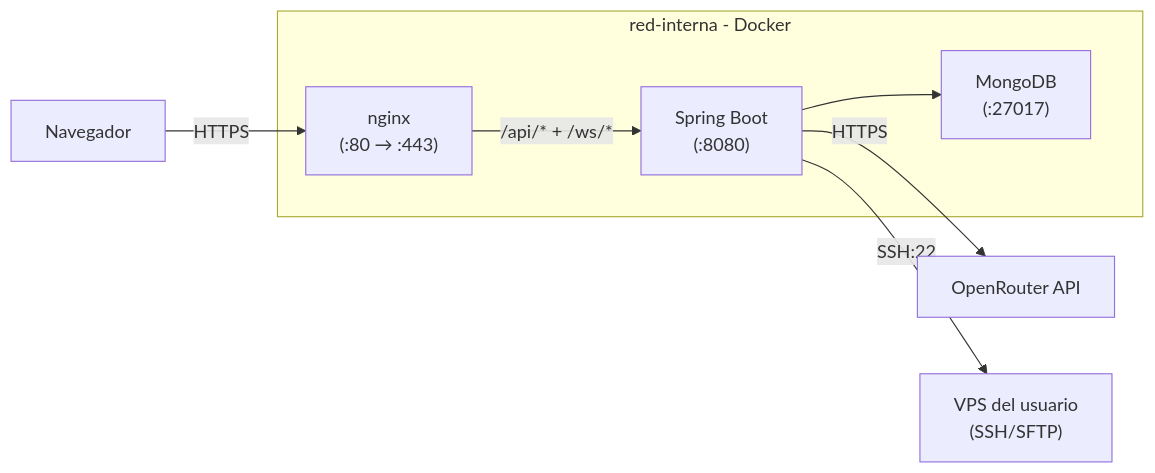
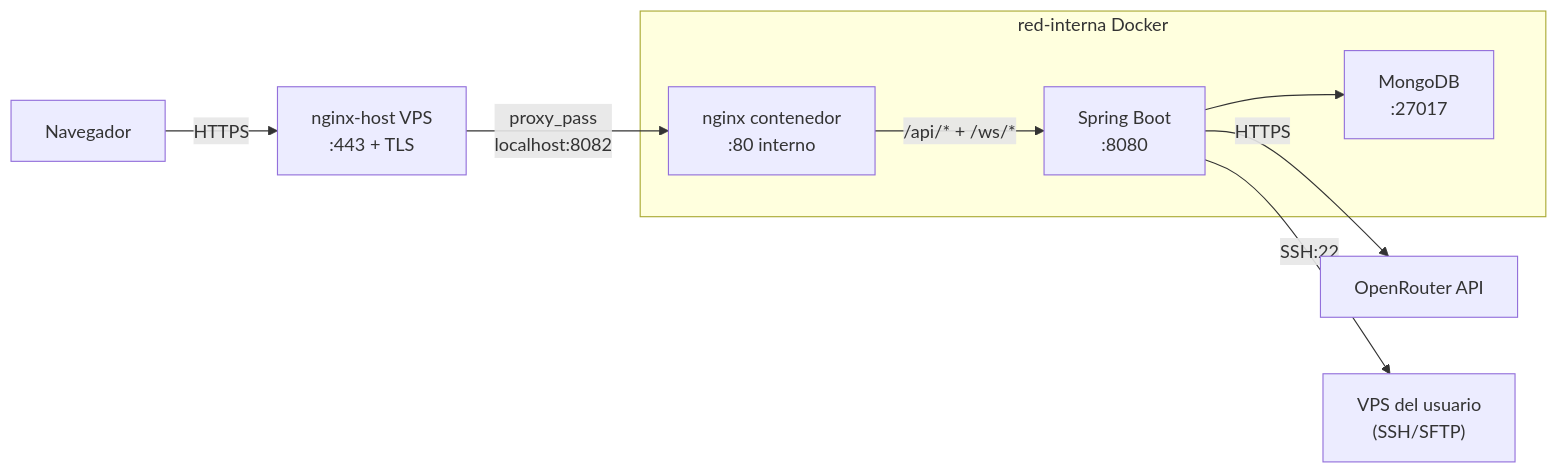
One commit to Kruhale/AutoDeploy changed the diagram in README.md. Above: the diagram before and after it, drawn with Mermaid. The commit also changed other lines of this file and 6 other files, not shown here.

Commit message:
feat: agregar configuración para despliegue en VPS compartido con nginx-host y ajustes en la documentación

````diff
--- a/README.md
+++ b/README.md
@@ -39,21 +39,23 @@
 ```mermaid
 flowchart LR
     user["Navegador"]
-    nginx["nginx<br/>(:80 → :443)"]
-    backend["Spring Boot<br/>(:8080)"]
-    mongo["MongoDB<br/>(:27017)"]
+    host_nginx["nginx-host VPS<br/>:443 + TLS"]
+    nginx["nginx contenedor<br/>:80 interno"]
+    backend["Spring Boot<br/>:8080"]
+    mongo["MongoDB<br/>:27017"]
     openrouter["OpenRouter API"]
     vps["VPS del usuario<br/>(SSH/SFTP)"]
 
-    user -->|HTTPS| nginx
+    user -->|HTTPS| host_nginx
+    host_nginx -->|"proxy_pass<br/>localhost:8082"| nginx
     nginx -->|"/api/* + /ws/*"| backend
     backend --> mongo
     backend -->|HTTPS| openrouter
     backend -->|SSH:22| vps
 
-    subgraph docker[red-interna - Docker]
+    subgraph docker[red-interna Docker]
         nginx
         backend
         mongo
     end
 ```
````
